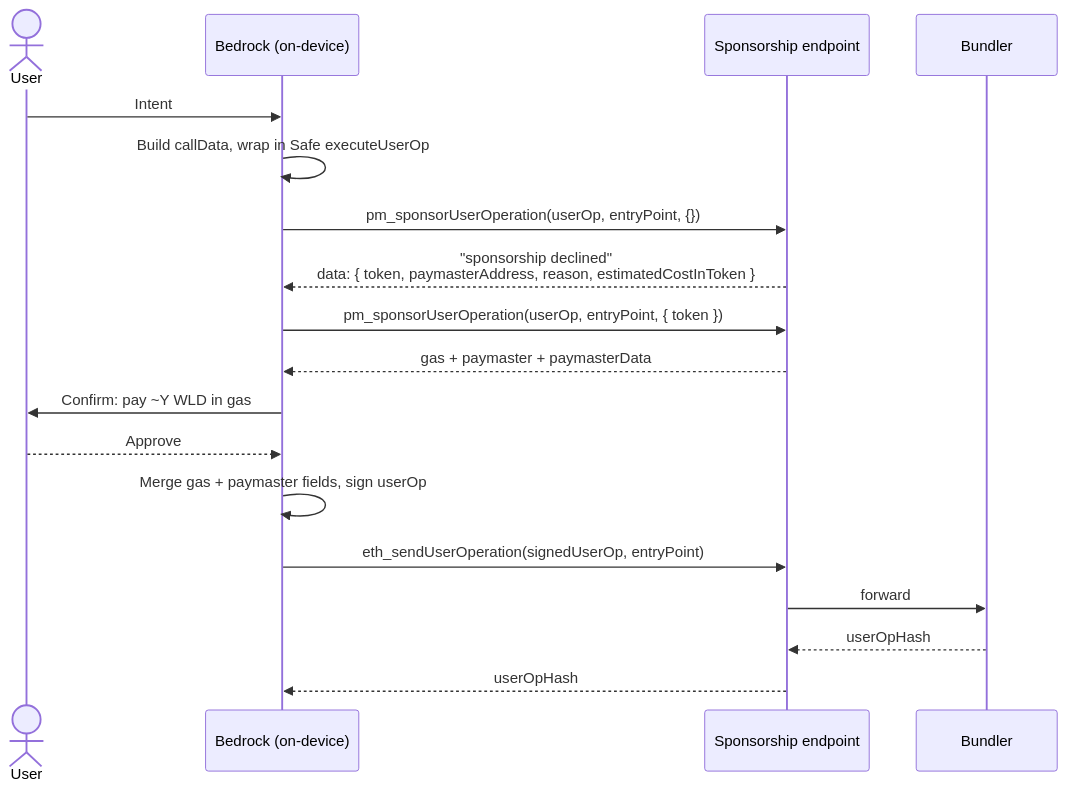
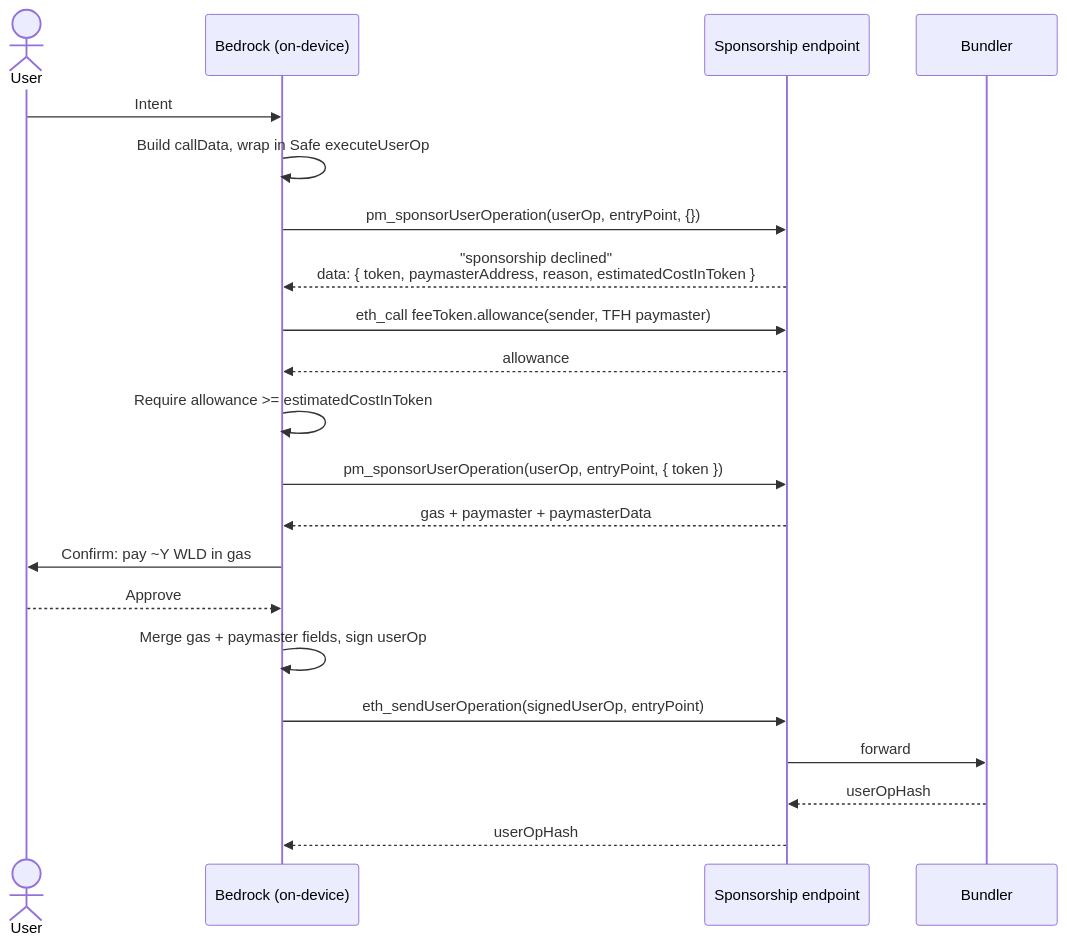
One commit to worldcoin/bedrock changed the second of 2 diagrams in bedrock/src/transactions/transaction.md. Above: the diagram before and after it, drawn with Mermaid. The commit also changed other lines of this file and 2 other files, not shown here.

Commit message:
fix(transactions): check allowance covers token fee estimate

````diff
--- a/bedrock/src/transactions/transaction.md
+++ b/bedrock/src/transactions/transaction.md
@@ -103,25 +103,28 @@
 ```mermaid
 sequenceDiagram
     actor User
     participant Bedrock as Bedrock (on-device)
     participant Endpoint as Sponsorship endpoint
     participant Bundler
 
     User->>Bedrock: Intent
     Bedrock->>Bedrock: Build callData, wrap in Safe executeUserOp
 
     Bedrock->>Endpoint: pm_sponsorUserOperation(userOp, entryPoint, {})
     Endpoint-->>Bedrock: "sponsorship declined"<br/>data: { token, paymasterAddress, reason, estimatedCostInToken }
 
+    Bedrock->>Endpoint: eth_call feeToken.allowance(sender, TFH paymaster)
+    Endpoint-->>Bedrock: allowance
+    Bedrock->>Bedrock: Require allowance >= estimatedCostInToken
     Bedrock->>Endpoint: pm_sponsorUserOperation(userOp, entryPoint, { token })
     Endpoint-->>Bedrock: gas + paymaster + paymasterData
 
     Bedrock->>User: Confirm: pay ~Y WLD in gas
     User-->>Bedrock: Approve
     Bedrock->>Bedrock: Merge gas + paymaster fields, sign userOp
 
     Bedrock->>Endpoint: eth_sendUserOperation(signedUserOp, entryPoint)
     Endpoint->>Bundler: forward
     Bundler-->>Endpoint: userOpHash
     Endpoint-->>Bedrock: userOpHash
 ```
````
